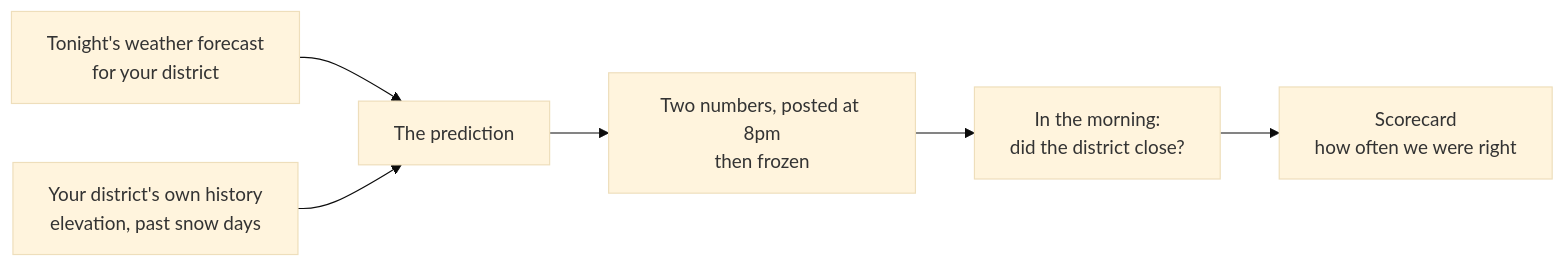
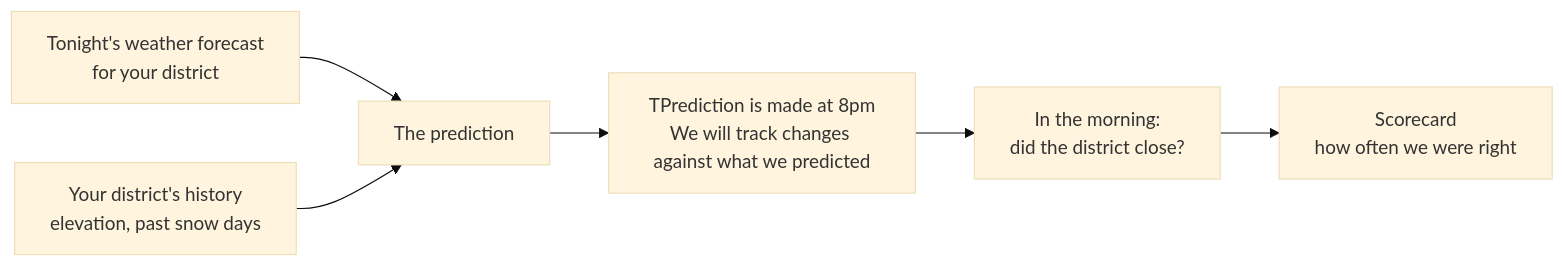
Before and after one commit to bsica-SCRIC/scricsnow: the diagram in README.md, drawn with Mermaid (base theme). The commit also changed other lines of this file, not shown here.

````diff
--- a/README.md
+++ b/README.md
@@ -26,8 +25,8 @@
 ```mermaid
 flowchart LR
     W["Tonight's weather forecast<br/>for your district"] --> P
-    H["Your district's own history<br/>elevation, past snow days"] --> P
-    P["The prediction"] --> N["Two numbers, posted at 8pm<br/>then frozen"]
+    H["Your district's history<br/>elevation, past snow days"] --> P
+    P["The prediction"] --> N["TPrediction is made at 8pm<br>We will track changes against what we predicted"]
     N --> M["In the morning:<br/>did the district close?"]
     M --> S["Scorecard<br/>how often we were right"]
 ```
````
